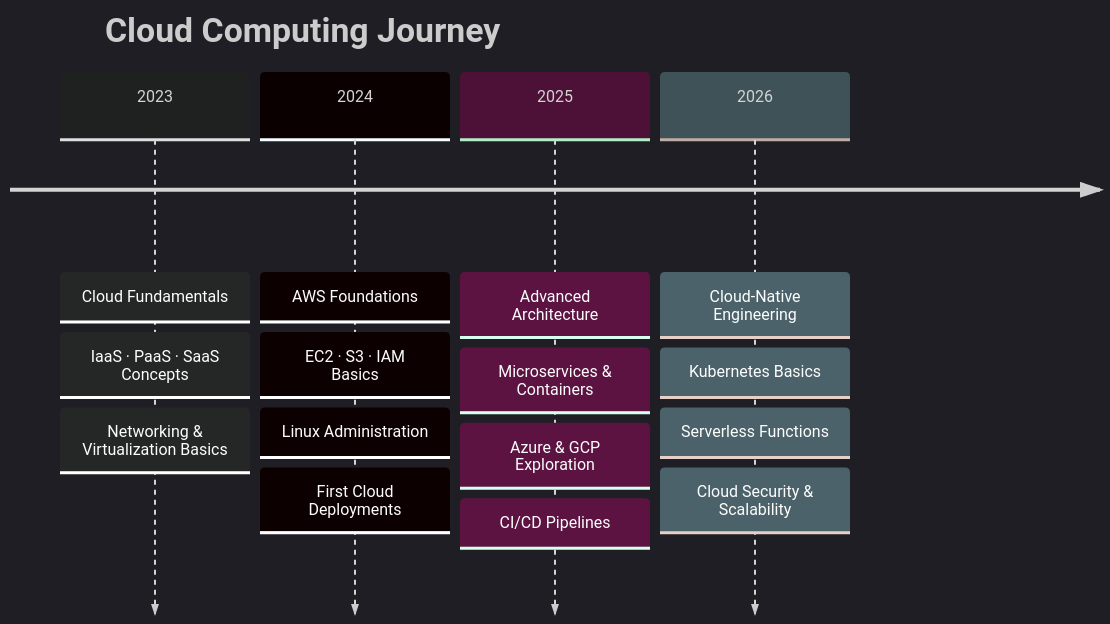
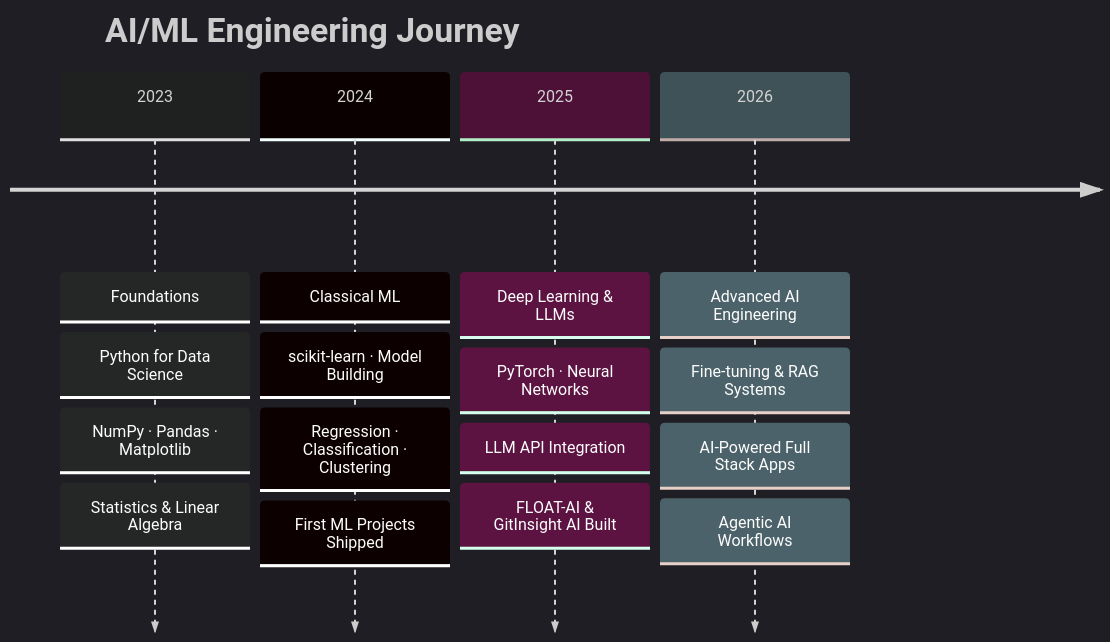
Before and after one commit to COZYkrish/COZYkrish: the sixth of 7 diagrams in README.md, drawn with Mermaid. The commit also changed other lines of this file, not shown here.

Commit message:
Revise README for AI/ML Engineering content
Updated README to reflect AI/ML focus and changed image paths.

````diff
--- a/README.md
+++ b/README.md
@@ -319,20 +319,21 @@
 ```mermaid
 %%{init: {'theme': 'dark'}}%%
 timeline
-    title Cloud Computing Journey
-    2023 : Cloud Fundamentals
-         : IaaS · PaaS · SaaS Concepts
-         : Networking & Virtualization Basics
-    2024 : AWS Foundations
-         : EC2 · S3 · IAM Basics
-         : Linux Administration
-         : First Cloud Deployments
-    2025 : Advanced Architecture
-         : Microservices & Containers
-         : Azure & GCP Exploration
-         : CI/CD Pipelines
-    2026 : Cloud-Native Engineering
-         : Kubernetes Basics
-         : Serverless Functions
-         : Cloud Security & Scalability
+    title AI/ML Engineering Journey
+    2023 : Foundations
+         : Python for Data Science
+         : NumPy · Pandas · Matplotlib
+         : Statistics & Linear Algebra
+    2024 : Classical ML
+         : scikit-learn · Model Building
+         : Regression · Classification · Clustering
+         : First ML Projects Shipped
+    2025 : Deep Learning & LLMs
+         : PyTorch · Neural Networks
+         : LLM API Integration
+         : FLOAT-AI & GitInsight AI Built
+    2026 : Advanced AI Engineering
+         : Fine-tuning & RAG Systems
+         : AI-Powered Full Stack Apps
+         : Agentic AI Workflows
 ```
````
